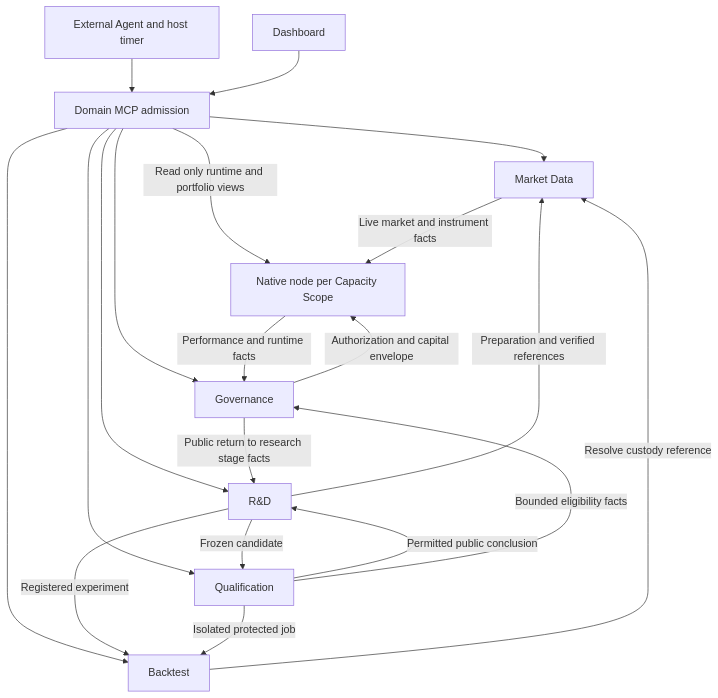
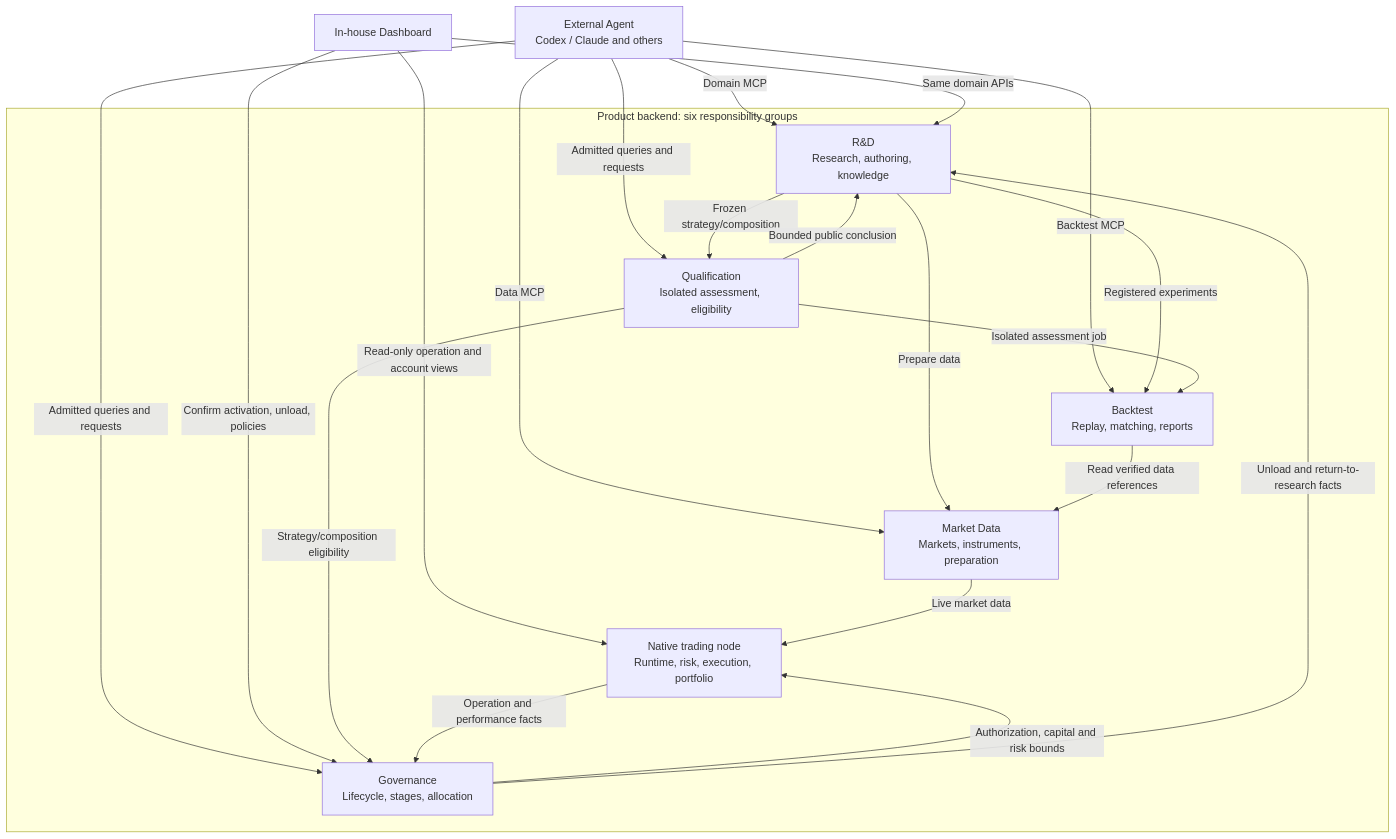
The second of 5 diagrams in docs/architecture/index.md (qOeOp/trade), drawn with Mermaid before and after one commit. The commit also changed other lines of this file and 83 other files, not shown here.

Commit message:
docs(architecture): consolidate agent-first Nautilus product design

````diff
--- a/docs/architecture/index.md
+++ b/docs/architecture/index.md
@@ -18,22 +495,32 @@
 ```mermaid
 flowchart TB
-    Agent[External Agent and host timer] --> Edge[Domain MCP admission]
-    UI[Dashboard] --> Edge
-    Edge --> MD[Market Data]
-    Edge --> BT[Backtest]
-    Edge --> RD[R&D]
-    Edge --> Q[Qualification]
-    Edge --> G[Governance]
-    Edge -->|Read only runtime and portfolio views| N[Native node per Capacity Scope]
-    RD -->|Preparation and verified references| MD
-    RD -->|Registered experiment| BT
-    Q -->|Isolated protected job| BT
-    BT -->|Resolve custody reference| MD
-    RD -->|Frozen candidate| Q
-    Q -->|Permitted public conclusion| RD
-    Q -->|Bounded eligibility facts| G
-    N -->|Performance and runtime facts| G
-    MD -->|Live market and instrument facts| N
-    G -->|Authorization and capital envelope| N
-    G -->|Public return to research stage facts| RD
+    A["External Agent<br/>Codex / Claude and others"]
+    D["In-house Dashboard"]
+    subgraph Services["Product backend: six responsibility groups"]
+        MD["Market Data<br/>Markets, instruments, preparation"]
+        BT["Backtest<br/>Replay, matching, reports"]
+        RD["R&D<br/>Research, authoring, knowledge"]
+        Q["Qualification<br/>Isolated assessment, eligibility"]
+        G["Governance<br/>Lifecycle, stages, allocation"]
+        N["Native trading node<br/>Runtime, risk, execution, portfolio"]
+    end
+    A -->|"Domain MCP"| RD
+    A -->|"Data MCP"| MD
+    A -->|"Backtest MCP"| BT
+    A -->|"Admitted queries and requests"| Q
+    A -->|"Admitted queries and requests"| G
+    D -->|"Same domain APIs"| RD
+    D -->|"Confirm activation, unload, policies"| G
+    D -->|"Read-only operation and account views"| N
+    RD -->|"Prepare data"| MD
+    RD -->|"Registered experiments"| BT
+    BT -->|"Read verified data references"| MD
+    RD -->|"Frozen strategy/composition"| Q
+    Q -->|"Isolated assessment job"| BT
+    Q -->|"Bounded public conclusion"| RD
+    Q -->|"Strategy/composition eligibility"| G
+    G -->|"Authorization, capital and risk bounds"| N
+    MD -->|"Live market data"| N
+    N -->|"Operation and performance facts"| G
+    G -->|"Unload and return-to-research facts"| RD
 ```
````
